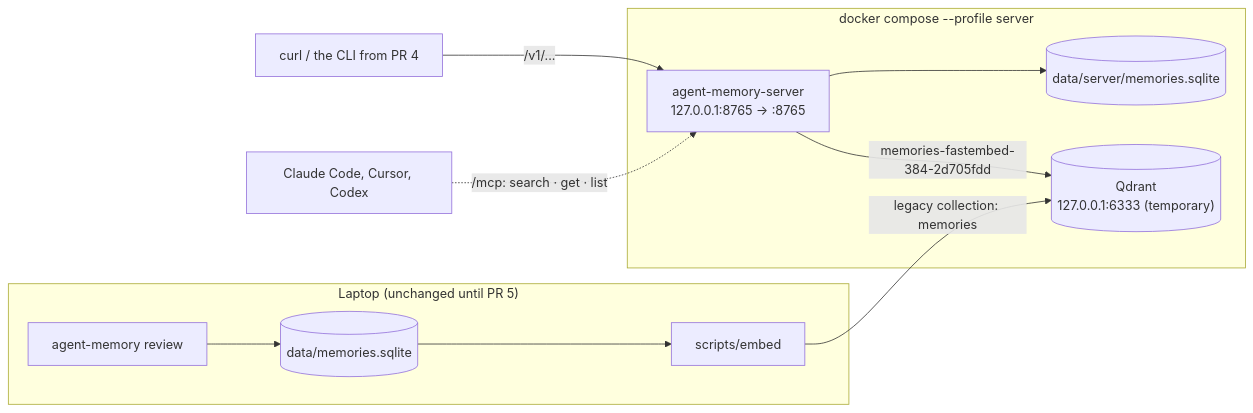
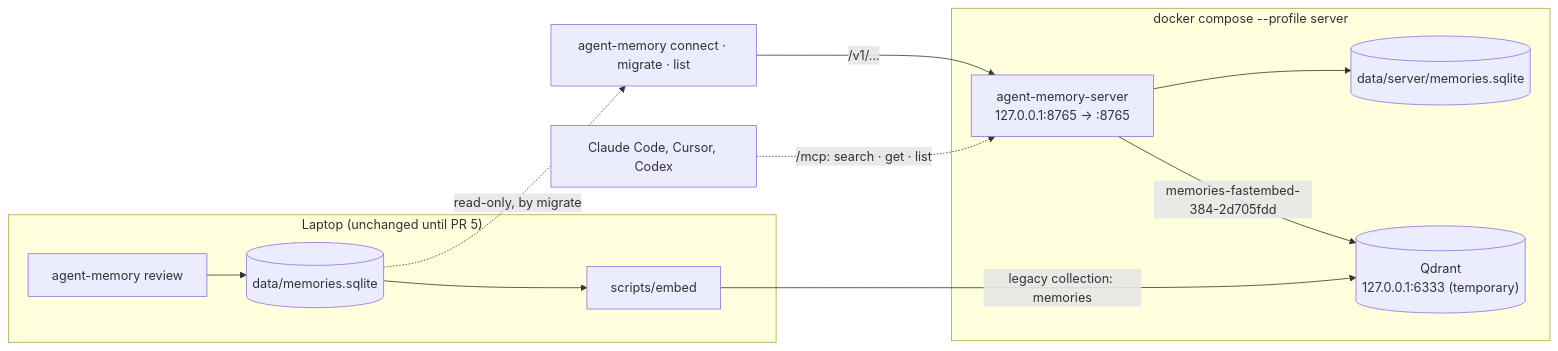
Before and after one commit to roune/agent-memory: the first of 6 diagrams in docs/server.md, drawn with Mermaid. The commit also changed other lines of this file and 12 other files, not shown here.

````diff
--- a/docs/server.md
+++ b/docs/server.md
@@ -7,19 +7,20 @@
 ```mermaid
 flowchart LR
   subgraph laptop["Laptop (unchanged until PR 5)"]
     review["agent-memory review"]
     localdb[("data/memories.sqlite")]
     embed["scripts/embed"]
     review --> localdb --> embed
   end
   subgraph compose["docker compose --profile server"]
     server["agent-memory-server<br/>127.0.0.1:8765 → :8765"]
     serverdb[("data/server/memories.sqlite")]
     qdrant[("Qdrant<br/>127.0.0.1:6333 (temporary)")]
     server --> serverdb
     server -- "memories-fastembed-384-2d705fdd" --> qdrant
   end
   embed -- "legacy collection: memories" --> qdrant
-  curl["curl / the CLI from PR 4"] -- "/v1/..." --> server
+  cli["agent-memory connect · migrate · list"] -- "/v1/..." --> server
+  localdb -. "read-only, by migrate" .-> cli
   editor["Claude Code, Cursor, Codex"] -. "/mcp: search · get · list" .-> server
 ```
````
